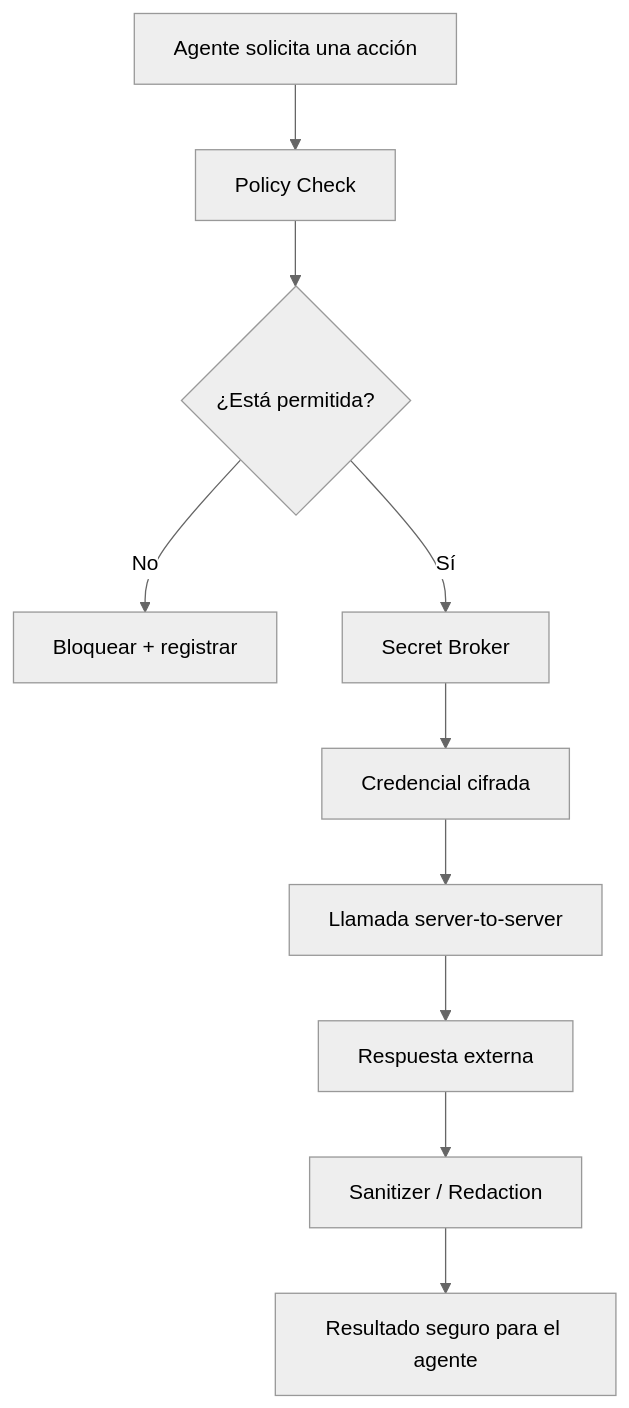
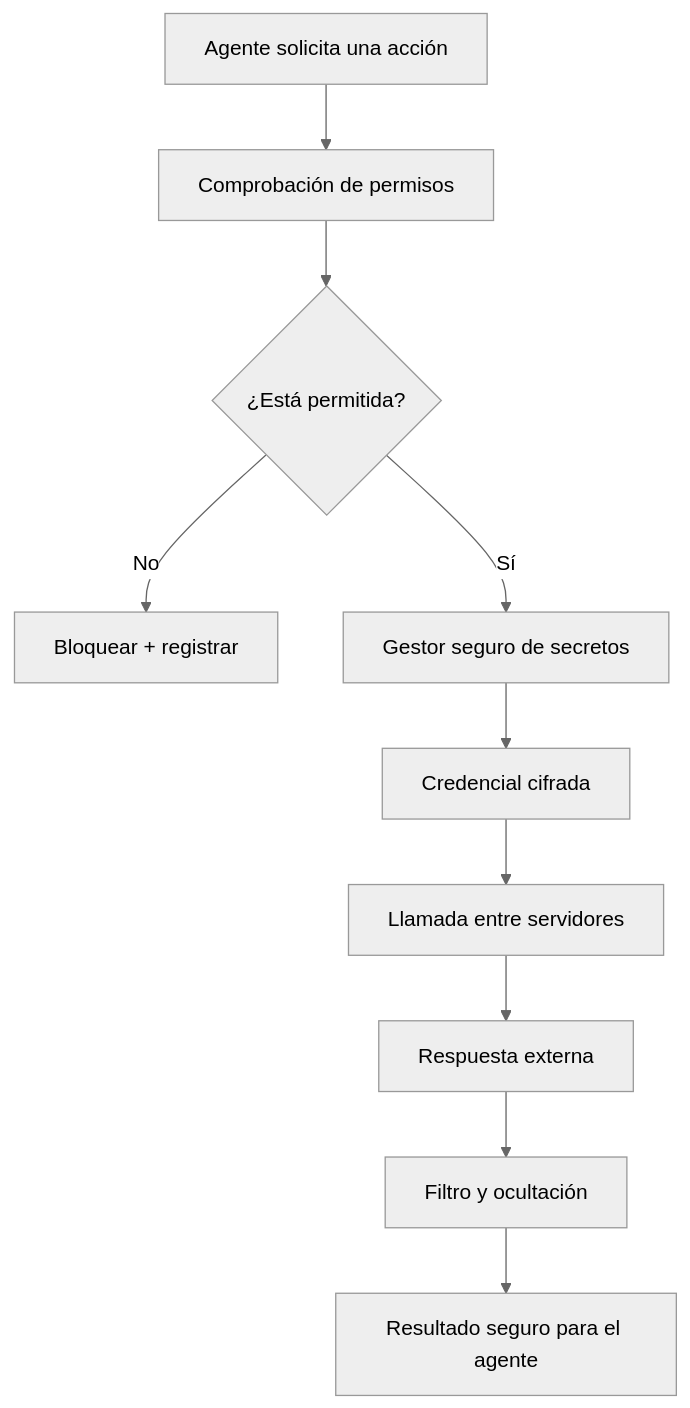
Before and after one commit to christiandejesus320-droid/Sandbox: the fourth of 10 diagrams in docs/guia-conceptual-meridian.md, drawn with Mermaid (neutral theme). The commit also changed other lines of this file, not shown here.

````diff
--- a/docs/guia-conceptual-meridian.md
+++ b/docs/guia-conceptual-meridian.md
@@ -117,12 +117,12 @@
 ```mermaid
 flowchart TD
-    A["Agente solicita una acción"] --> B["Policy Check"]
+    A["Agente solicita una acción"] --> B["Comprobación de permisos"]
     B --> C{"¿Está permitida?"}
     C -->|No| D["Bloquear + registrar"]
-    C -->|Sí| E["Secret Broker"]
+    C -->|Sí| E["Gestor seguro de secretos"]
     E --> F["Credencial cifrada"]
-    F --> G["Llamada server-to-server"]
+    F --> G["Llamada entre servidores"]
     G --> H["Respuesta externa"]
-    H --> I["Sanitizer / Redaction"]
+    H --> I["Filtro y ocultación"]
     I --> J["Resultado seguro para el agente"]
 ```
````
